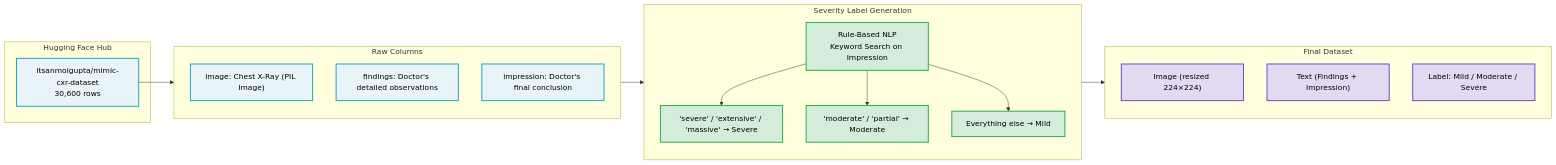
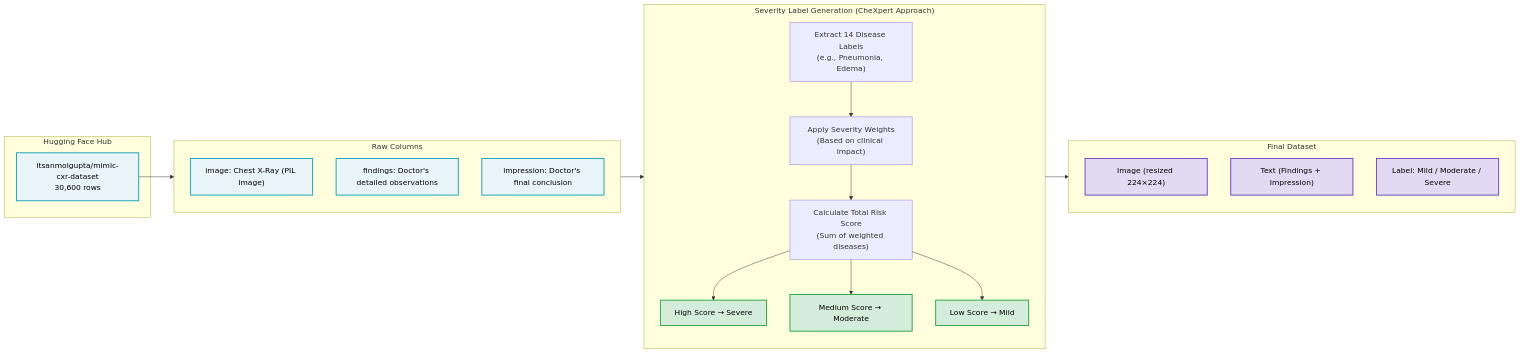
One commit to higgsboson1710/CXR-MultiQuant. changed the second of 2 diagrams in ARCHITECTURE.md. Above: the diagram before and after it, drawn with Mermaid.

Commit message:
docs: update architecture diagram to reflect CheXpert weighted severity scoring

````diff
--- a/ARCHITECTURE.md
+++ b/ARCHITECTURE.md
@@ -111,42 +111,45 @@
 ```mermaid
 flowchart LR
     subgraph DATASOURCE["Hugging Face Hub"]
         HF["itsanmolgupta/mimic-cxr-dataset\n30,600 rows"]
     end
 
     subgraph COLUMNS["Raw Columns"]
         direction TB
         C1["image: Chest X-Ray (PIL Image)"]
         C2["findings: Doctor's detailed observations"]
         C3["impression: Doctor's final conclusion"]
     end
 
-    subgraph LABELING["Severity Label Generation"]
+    subgraph LABELING["Severity Label Generation (CheXpert Approach)"]
         direction TB
-        RULE["Rule-Based NLP\nKeyword Search on Impression"]
-        S1["'severe' / 'extensive' / 'massive' → Severe"]
-        S2["'moderate' / 'partial' → Moderate"]
-        S3["Everything else → Mild"]
-        RULE --> S1
-        RULE --> S2
-        RULE --> S3
+        EXTRACT["Extract 14 Disease Labels\n(e.g., Pneumonia, Edema)"]
+        WEIGHT["Apply Severity Weights\n(Based on clinical impact)"]
+        SCORE["Calculate Total Risk Score\n(Sum of weighted diseases)"]
+        S1["High Score → Severe"]
+        S2["Medium Score → Moderate"]
+        S3["Low Score → Mild"]
+        EXTRACT --> WEIGHT --> SCORE
+        SCORE --> S1
+        SCORE --> S2
+        SCORE --> S3
     end
 
     subgraph FINAL["Final Dataset"]
         direction TB
         F1["Image (resized 224×224)"]
         F2["Text (Findings + Impression)"]
         F3["Label: Mild / Moderate / Severe"]
     end
 
     HF --> COLUMNS --> LABELING --> FINAL
 
     %% Soft Color Styling
     classDef dataStyle fill:#e8f4f8,stroke:#17a2b8,stroke-width:2px,color:#000;
     classDef processStyle fill:#d4edda,stroke:#28a745,stroke-width:2px,color:#000;
     classDef finalStyle fill:#e2d9f3,stroke:#6f42c1,stroke-width:2px,color:#000;
 
     class HF,C1,C2,C3 dataStyle;
     class RULE,S1,S2,S3 processStyle;
     class F1,F2,F3 finalStyle;
 ```
````
